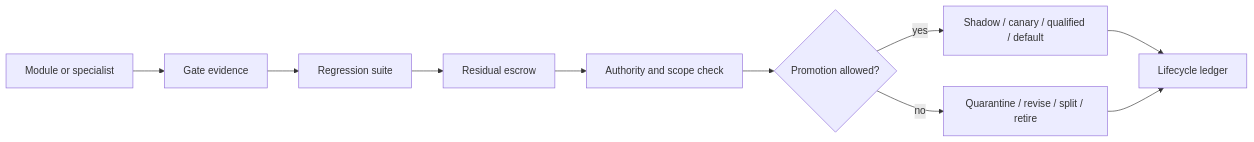
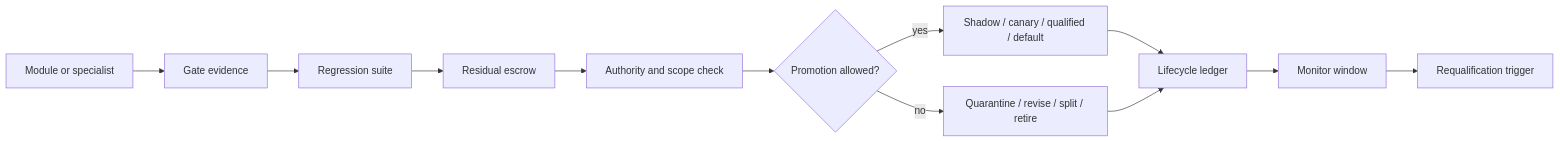
Before and after one commit to corbensorenson/asi-stack-book: the diagram in chapters/readiness-gates-residual-escrow-and-quarantine.qmd, drawn with Mermaid. The commit also changed 20 other files, not shown here.

Commit message:
Raise diagram substance floor

````diff
--- a/chapters/readiness-gates-residual-escrow-and-quarantine.qmd
+++ b/chapters/readiness-gates-residual-escrow-and-quarantine.qmd
@@ -104,12 +104,14 @@
 ```{mermaid}
 flowchart LR
   A["Module or specialist"] --> B["Gate evidence"]
   B --> C["Regression suite"]
   C --> D["Residual escrow"]
   D --> E["Authority and scope check"]
   E --> F{"Promotion allowed?"}
   F -- "yes" --> G["Shadow / canary / qualified / default"]
   F -- "no" --> H["Quarantine / revise / split / retire"]
   G --> I["Lifecycle ledger"]
   H --> I
+  I --> J["Monitor window"]
+  J --> K["Requalification trigger"]
 ```
````
